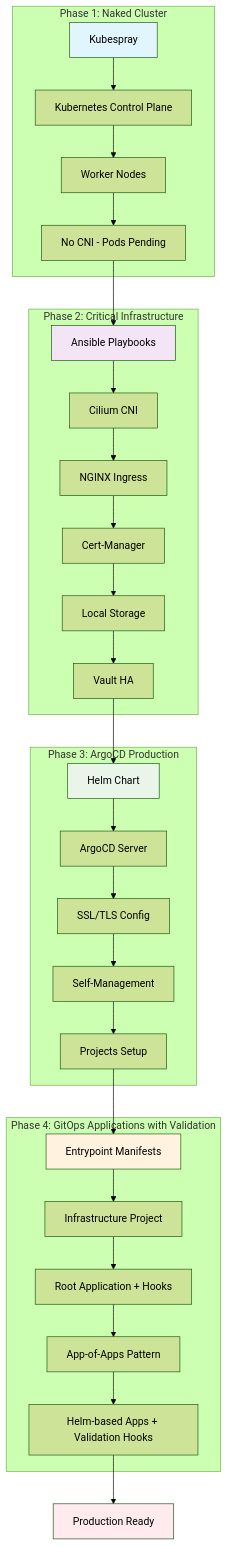
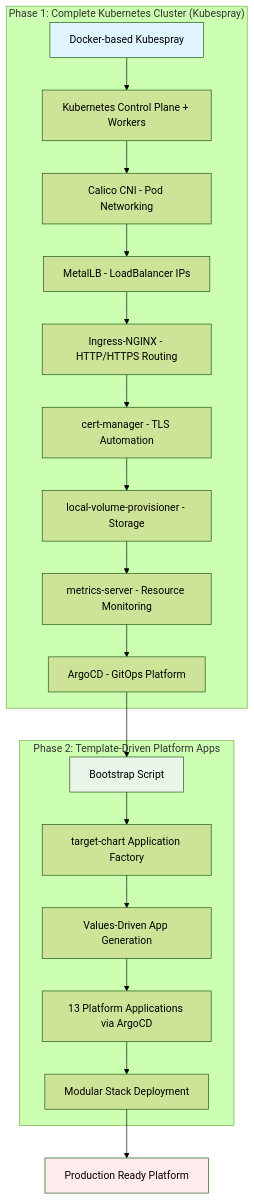
Before and after one commit to pnow-devsupreme/pn-infra: the first of 4 diagrams in v0.2.0/README.md, drawn with Mermaid (forest theme). The commit also changed other lines of this file and 2 other files, not shown here.

Commit message:
docs(root): update documentation to better describe the current architecture details

````diff
--- a/v0.2.0/README.md
+++ b/v0.2.0/README.md
@@ -14,41 +13,27 @@
 ```mermaid
 graph TB
-    subgraph "Phase 1: Naked Cluster"
-        A[Kubespray] --> B[Kubernetes Control Plane]
-        B --> C[Worker Nodes]
-        C --> D[No CNI - Pods Pending]
+    subgraph "Phase 1: Complete Kubernetes Cluster (Kubespray)"
+        A[Docker-based Kubespray] --> B[Kubernetes Control Plane + Workers]
+        B --> C[Calico CNI - Pod Networking]
+        C --> D[MetalLB - LoadBalancer IPs]
+        D --> E[Ingress-NGINX - HTTP/HTTPS Routing]
+        E --> F[cert-manager - TLS Automation]
+        F --> G[local-volume-provisioner - Storage]
+        G --> H[metrics-server - Resource Monitoring]
+        H --> I[ArgoCD - GitOps Platform]
     end
     
-    subgraph "Phase 2: Critical Infrastructure"
-        E[Ansible Playbooks] --> F[Cilium CNI]
-        F --> G[NGINX Ingress]
-        G --> H[Cert-Manager]
-        H --> I[Local Storage]
-        I --> J[Vault HA]
+    subgraph "Phase 2: Template-Driven Platform Apps"
+        J[Bootstrap Script] --> K[target-chart Application Factory]
+        K --> L[Values-Driven App Generation]
+        L --> M[13 Platform Applications via ArgoCD]
+        M --> N[Modular Stack Deployment]
     end
     
-    subgraph "Phase 3: ArgoCD Production"
-        K[Helm Chart] --> L[ArgoCD Server]
-        L --> M[SSL/TLS Config]
-        M --> N[Self-Management]
-        N --> O[Projects Setup]
-    end
-    
-    subgraph "Phase 4: GitOps Applications with Validation"
-        P[Entrypoint Manifests] --> Q[Infrastructure Project]
-        Q --> R[Root Application + Hooks]
-        R --> S[App-of-Apps Pattern]
-        S --> T[Helm-based Apps + Validation Hooks]
-    end
-    
-    D --> E
-    J --> K
-    O --> P
-    T --> U[Production Ready]
+    I --> J
+    N --> O[Production Ready Platform]
     
     style A fill:#e1f5fe
-    style E fill:#f3e5f5
-    style K fill:#e8f5e8
-    style P fill:#fff3e0
-    style U fill:#ffebee
+    style J fill:#e8f5e8
+    style O fill:#ffebee
 ```
````
